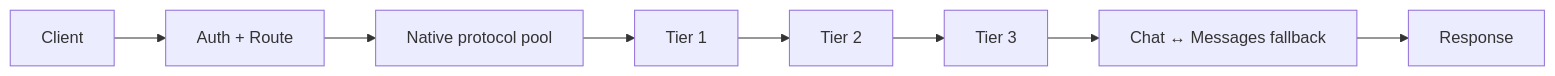
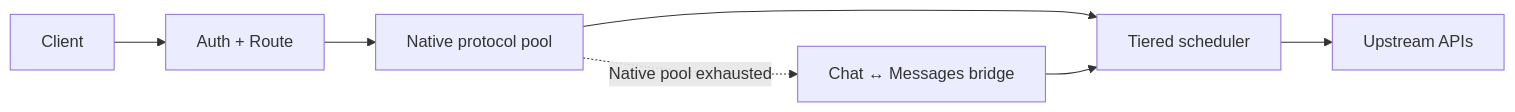
Before and after one commit to fongap/ai-gateway: the diagram in README.md, drawn with Mermaid. The commit also changed other lines of this file, not shown here.

````diff
--- a/README.md
+++ b/README.md
@@ -28,10 +37,9 @@
 ```mermaid
 flowchart LR
     A[Client] --> B[Auth + Route]
     B --> C[Native protocol pool]
-    C --> D[Tier 1]
-    D --> E[Tier 2]
-    E --> F[Tier 3]
-    F --> G[Chat ↔ Messages fallback]
-    G --> H[Response]
+    C --> D[Tiered scheduler]
+    D --> E[Upstream APIs]
+    C -. Native pool exhausted .-> F[Chat ↔ Messages bridge]
+    F --> D
 ```
````
